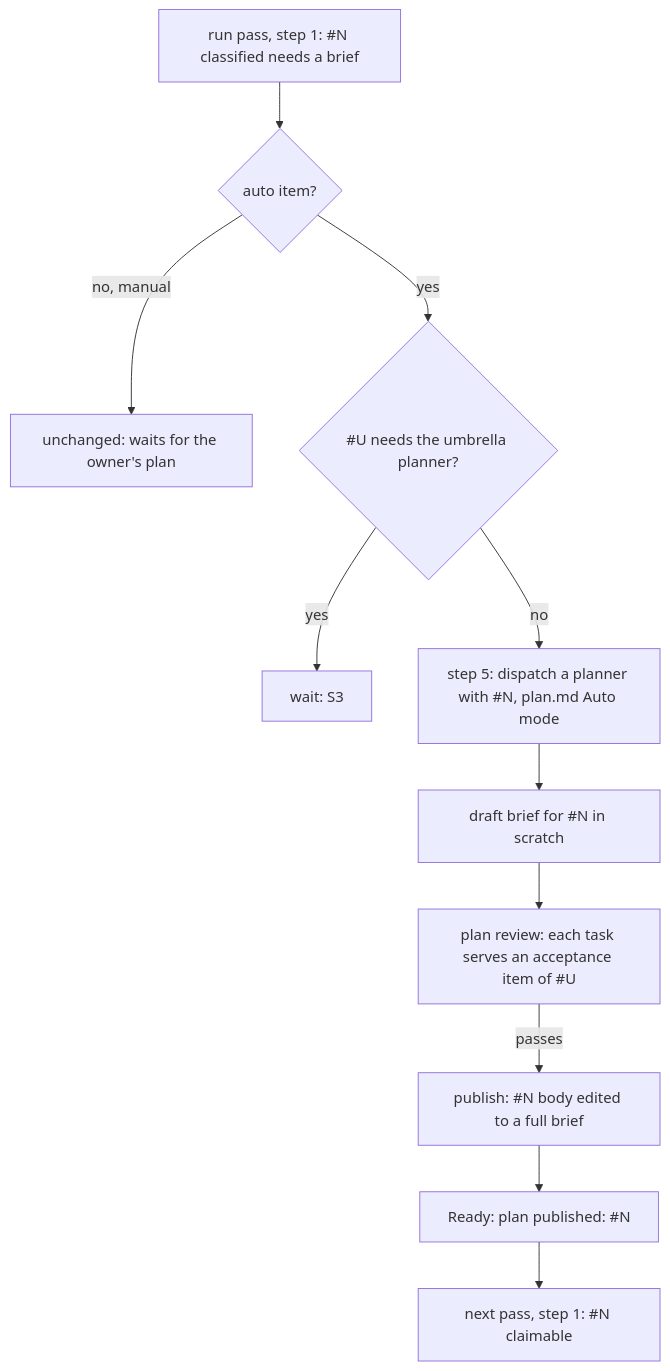
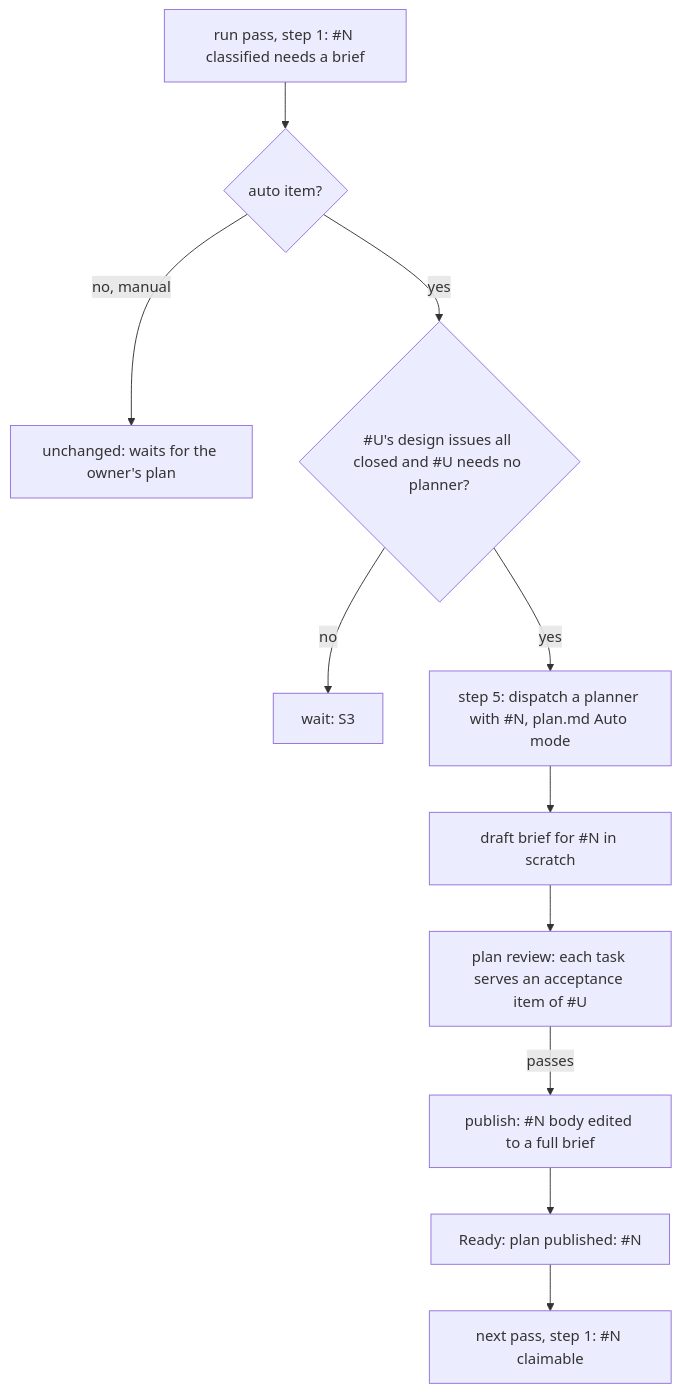
The first of 5 diagrams in auto-item-brief.md (jgong5/skills), drawn with Mermaid before and after one commit. The commit also changed other lines of this file, not shown here.

First line of the commit message:
Design: carrier close through the plan review; item planner waits for the design

````diff
--- a/auto-item-brief.md
+++ b/auto-item-brief.md
@@ -19,13 +19,13 @@
 ```mermaid
 flowchart TD
   A["run pass, step 1: #N classified needs a brief"] --> B{"auto item?"}
   B -- "no, manual" --> M["unchanged: waits for the owner's plan"]
-  B -- "yes" --> C{"#U needs the umbrella planner?"}
-  C -- "yes" --> W["wait: S3"]
-  C -- "no" --> D["step 5: dispatch a planner with #N, plan.md Auto mode"]
+  B -- "yes" --> C{"#U's design issues all closed and #U needs no planner?"}
+  C -- "no" --> W["wait: S3"]
+  C -- "yes" --> D["step 5: dispatch a planner with #N, plan.md Auto mode"]
   D --> E["draft brief for #N in scratch"]
   E --> F["plan review: each task serves an acceptance item of #U"]
   F -- "passes" --> G["publish: #N body edited to a full brief"]
   G --> H["Ready: plan published: #N"]
   H --> I["next pass, step 1: #N claimable"]
 ```
````
